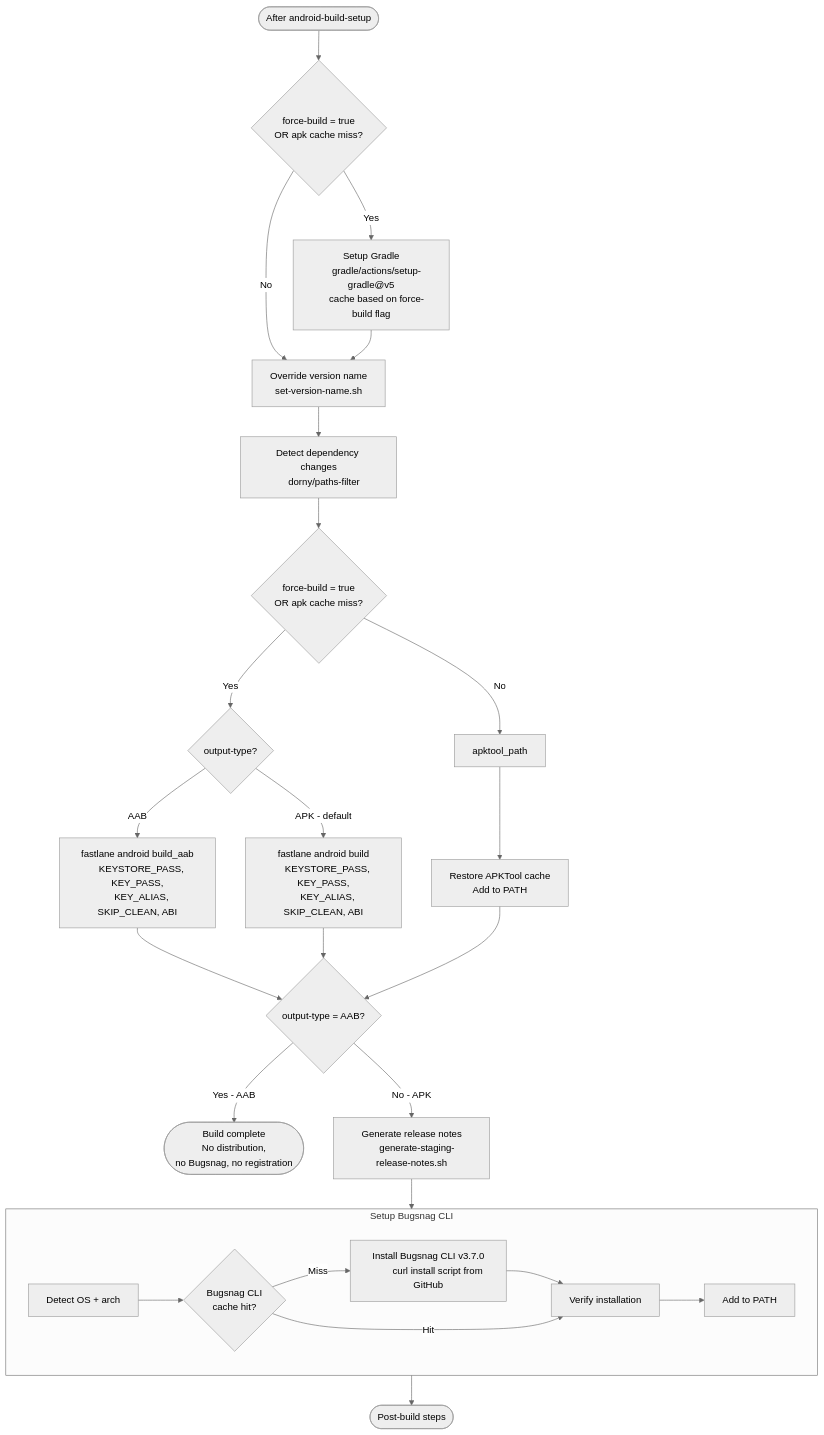
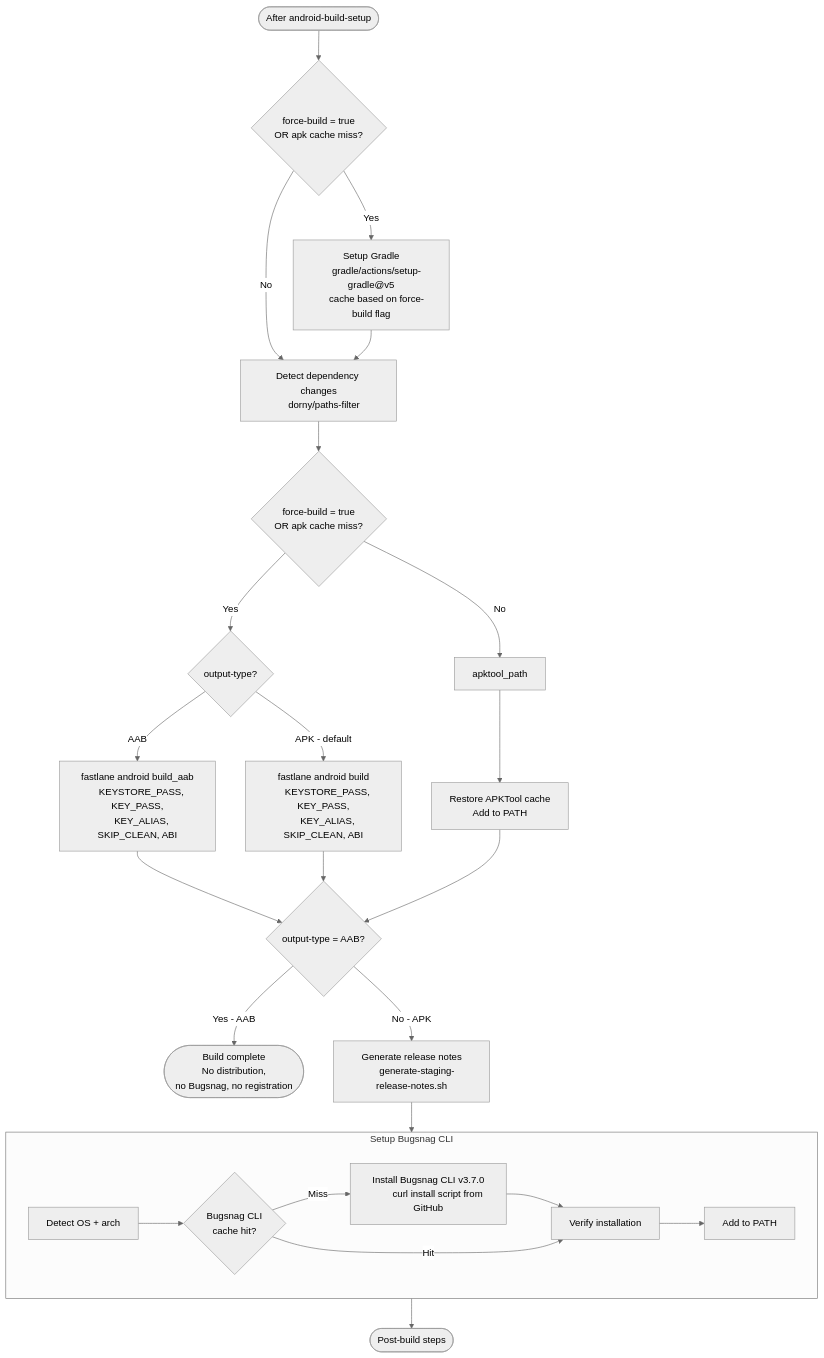
One commit to AtB-AS/mittatb-app changed the third of 6 diagrams in docs/android-build-staging-graph.md. Above: the diagram before and after it, drawn with Mermaid (neutral theme). The commit also changed other lines of this file and 2 other files, not shown here.

Commit message:
remove set version name

````diff
--- a/docs/android-build-staging-graph.md
+++ b/docs/android-build-staging-graph.md
@@ -144,66 +144,63 @@
 ```mermaid
 flowchart TD
     setup_done(["After android-build-setup"])
 
     setup_done --> gradle_check{"force-build = true
     OR apk cache miss?"}
 
     gradle_check -- Yes --> gradle["Setup Gradle
     gradle/actions/setup-gradle@v5
     cache based on force-build flag"]
-    gradle_check -- No --> version_name
+    gradle_check -- No --> dep_changes
 
-    gradle --> version_name["Override version name
-    set-version-name.sh"]
-
-    version_name --> dep_changes["Detect dependency changes
+    gradle --> dep_changes["Detect dependency changes
     dorny/paths-filter"]
 
     dep_changes --> should_build{"force-build = true
     OR apk cache miss?"}
 
     should_build -- Yes --> build_type{"output-type?"}
     should_build -- No --> apktool_path
 
     build_type -- AAB --> build_aab["fastlane android build_aab
     KEYSTORE_PASS, KEY_PASS,
     KEY_ALIAS, SKIP_CLEAN, ABI"]
     build_type -- "APK - default" --> build_apk["fastlane android build
     KEYSTORE_PASS, KEY_PASS,
     KEY_ALIAS, SKIP_CLEAN, ABI"]
 
     build_aab --> aab_check{"output-type = AAB?"}
     build_apk --> aab_check
 
     apktool_path --> restore_apktool["Restore APKTool cache
     Add to PATH"]
     restore_apktool --> aab_check
 
     aab_check -- "Yes - AAB" --> aab_done(["Build complete
     No distribution,
     no Bugsnag, no registration"])
     aab_check -- "No - APK" --> release_notes
 
     release_notes["Generate release notes
     generate-staging-release-notes.sh"]
 
     release_notes --> bugsnag_cli_setup
 
     subgraph bugsnag_cli_setup ["Setup Bugsnag CLI"]
         bs_detect["Detect OS + arch"]
         bs_cache{"Bugsnag CLI
         cache hit?"}
         bs_install["Install Bugsnag CLI v3.7.0
         curl install script from GitHub"]
         bs_verify["Verify installation"]
         bs_path["Add to PATH"]
 
         bs_detect --> bs_cache
         bs_cache -- Miss --> bs_install --> bs_verify
         bs_cache -- Hit --> bs_verify
         bs_verify --> bs_path
     end
 
     bugsnag_cli_setup --> post_build_steps
     post_build_steps(["Post-build steps"])
 ```
````
